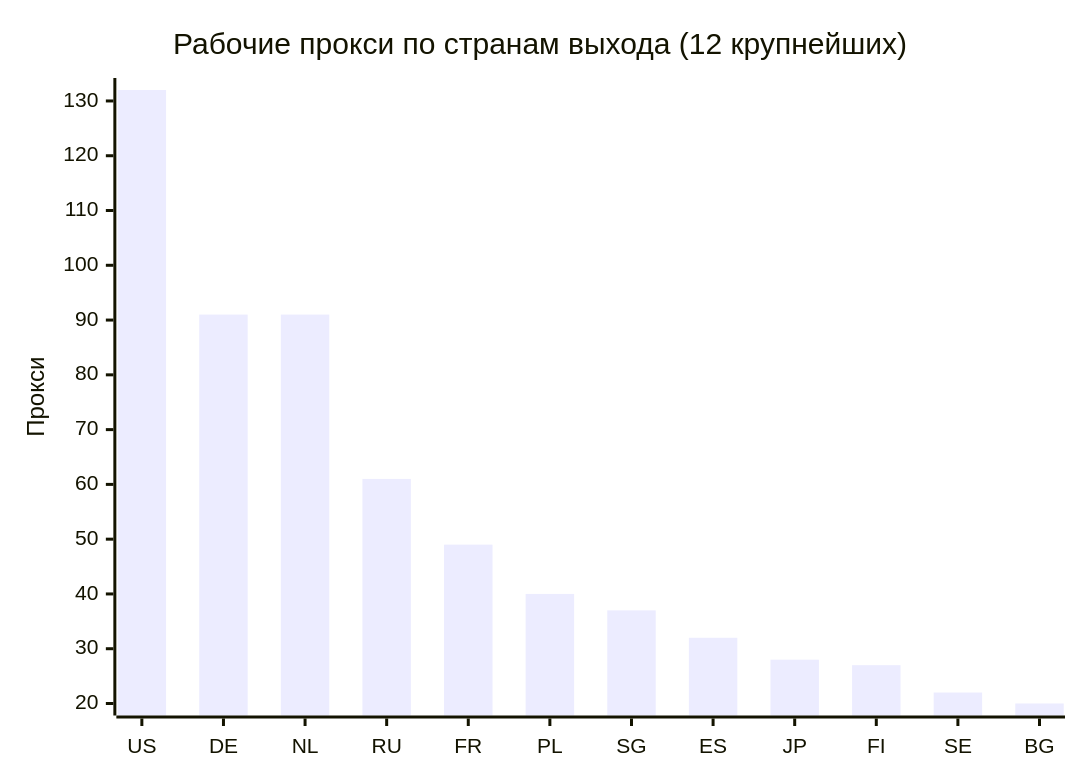
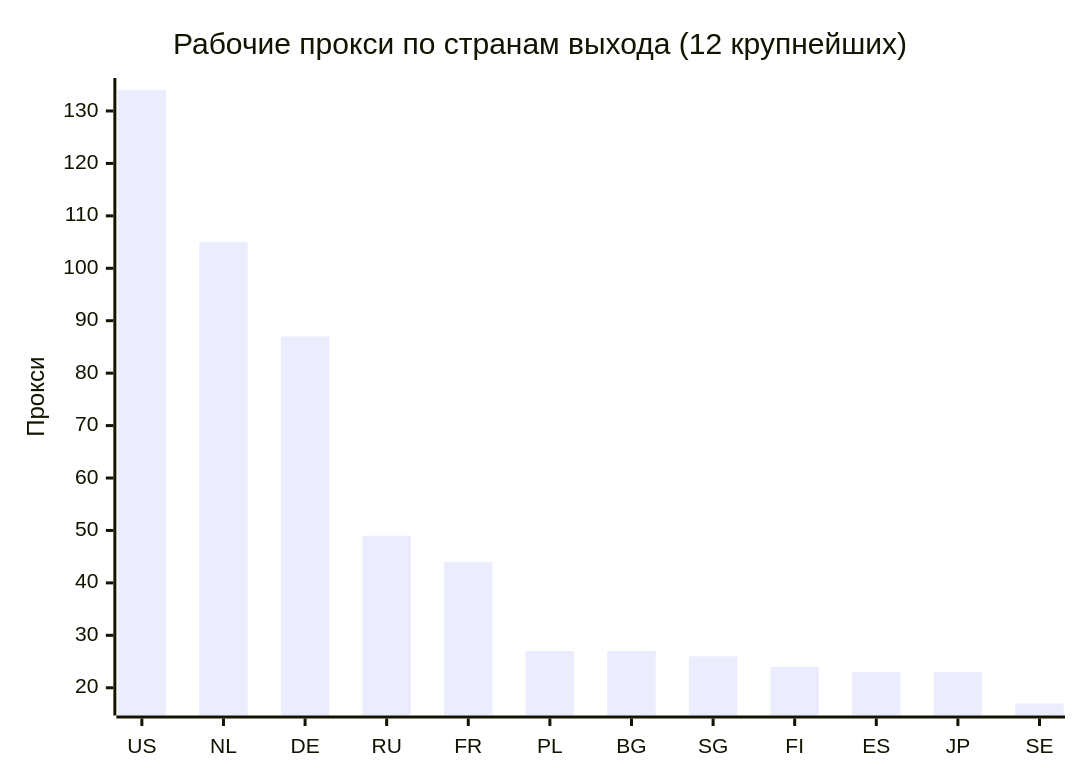
The second of 4 diagrams in README.md (rvvg/proxy-subs), drawn with Mermaid before and after one commit. The commit also changed other lines of this file and 47 other files, not shown here.

````diff
--- a/README.md
+++ b/README.md
@@ -127,7 +124,7 @@
 ```mermaid
 xychart-beta
     title "Рабочие прокси по странам выхода (12 крупнейших)"
-    x-axis ["US", "DE", "NL", "RU", "FR", "PL", "SG", "ES", "JP", "FI", "SE", "BG"]
+    x-axis ["US", "NL", "DE", "RU", "FR", "PL", "BG", "SG", "FI", "ES", "JP", "SE"]
     y-axis "Прокси"
-    bar [132, 91, 91, 61, 49, 40, 37, 32, 28, 27, 22, 20]
+    bar [134, 105, 87, 49, 44, 27, 27, 26, 24, 23, 23, 17]
 ```
````
